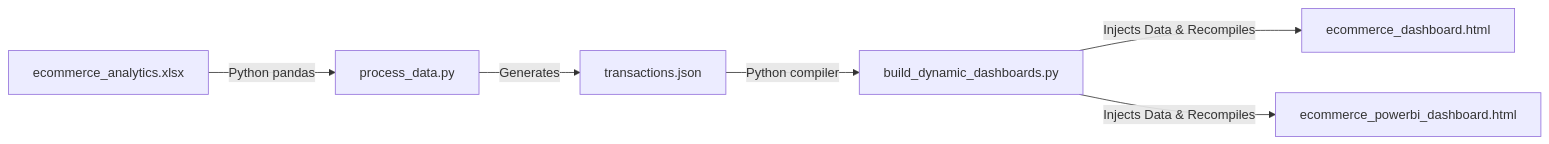
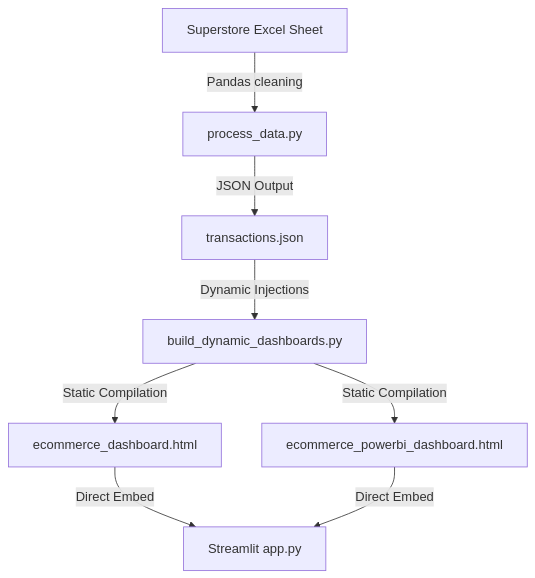
The diagram in README.md (Shivam09xc/E-Commerce-Dashboard), drawn with Mermaid before and after one commit. The commit also changed other lines of this file and 1 other file, not shown here.

Commit message:
Build premium next-level cyberpunk README and setup contribution snake automation workflow

````diff
--- a/README.md
+++ b/README.md
@@ -173,8 +124,9 @@
 ```mermaid
-graph LR
-    Excel[ecommerce_analytics.xlsx] -->|Python pandas| Proc[process_data.py]
-    Proc -->|Generates| JSON[transactions.json]
-    JSON -->|Python compiler| Comp[build_dynamic_dashboards.py]
-    Comp -->|Injects Data & Recompiles| HTML1[ecommerce_dashboard.html]
-    Comp -->|Injects Data & Recompiles| HTML2[ecommerce_powerbi_dashboard.html]
+graph TD
+    Excel[Superstore Excel Sheet] -->|Pandas cleaning| Proc[process_data.py]
+    Proc -->|JSON Output| JSON[transactions.json]
+    JSON -->|Dynamic Injections| Comp[build_dynamic_dashboards.py]
+    Comp -->|Static Compilation| HTML1[ecommerce_dashboard.html]
+    Comp -->|Static Compilation| HTML2[ecommerce_powerbi_dashboard.html]
+    HTML1 & HTML2 -->|Direct Embed| Streamlit[Streamlit app.py]
 ```
````
